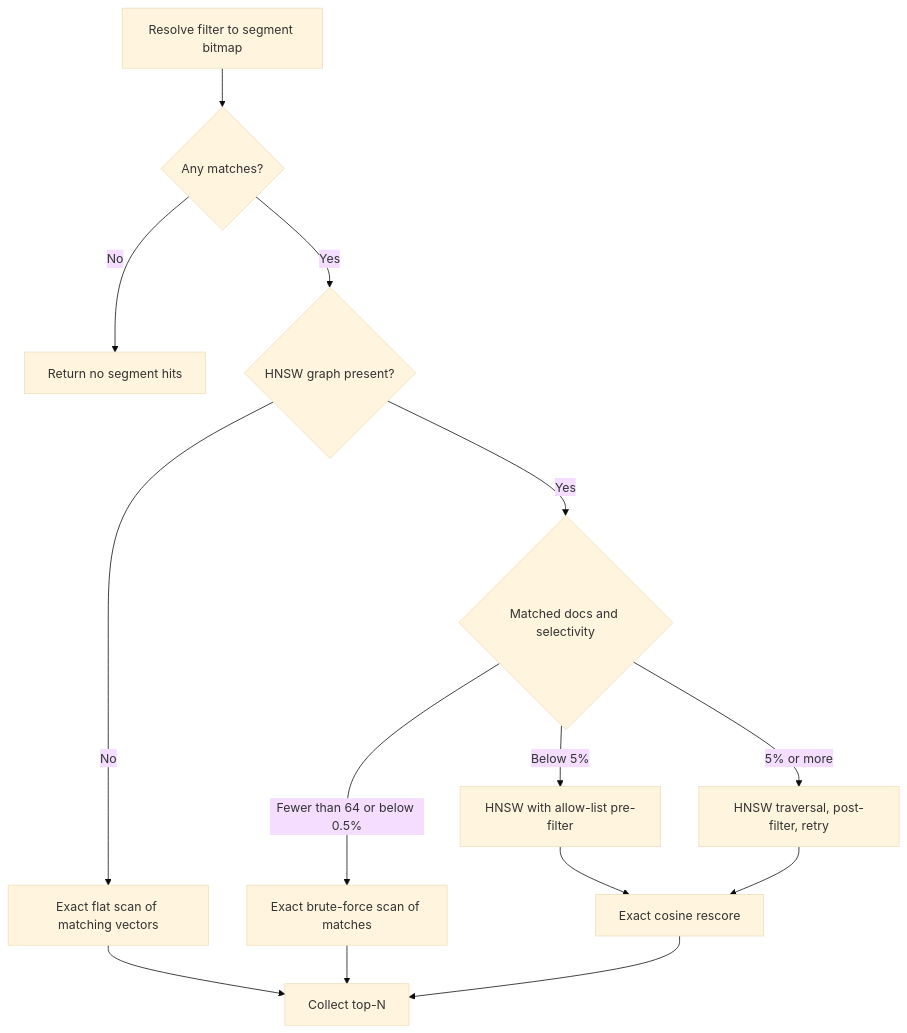
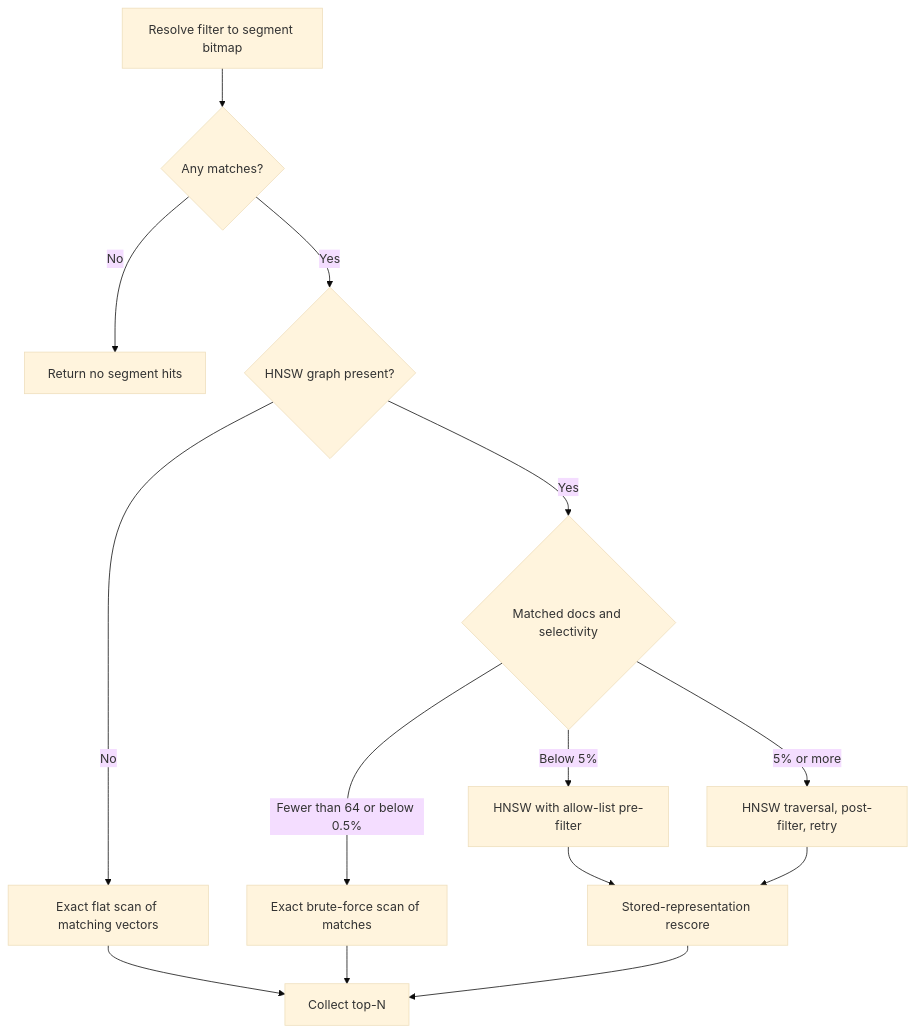
Before and after one commit to jordansrowles/LeanCorpus: the diagram in docs/content/advanced/08-filtered-vector-search.md, drawn with Mermaid (base theme). The commit also changed other lines of this file and 17 other files, not shown here.

````diff
--- a/docs/content/advanced/08-filtered-vector-search.md
+++ b/docs/content/advanced/08-filtered-vector-search.md
@@ -24,16 +24,16 @@
 ```mermaid
 flowchart TD
     F[Resolve filter to segment bitmap] --> Z{Any matches?}
     Z -->|No| E[Return no segment hits]
     Z -->|Yes| G{HNSW graph present?}
     G -->|No| Flat[Exact flat scan of matching vectors]
     G -->|Yes| S{Matched docs and selectivity}
     S -->|Fewer than 64 or below 0.5%| B[Exact brute-force scan of matches]
     S -->|Below 5%| P[HNSW with allow-list pre-filter]
     S -->|5% or more| H[HNSW traversal, post-filter, retry]
-    P --> R[Exact cosine rescore]
+    P --> R[Stored-representation rescore]
     H --> R
     B --> C[Collect top-N]
     Flat --> C
     R --> C
 ```
````
